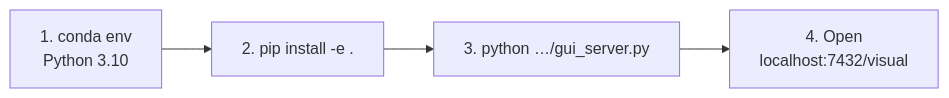
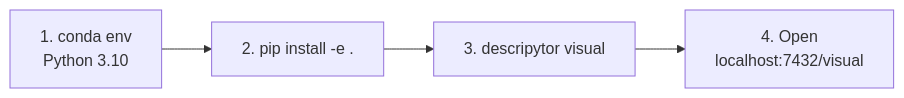
The first of 2 diagrams in docs/visual-guide.md (Milo-group/DescriPyTor), drawn with Mermaid before and after one commit. The commit also changed other lines of this file and 18 other files, not shown here.

First line of the commit message:
Make the first-run path one command: descripytor visual.

````diff
--- a/docs/visual-guide.md
+++ b/docs/visual-guide.md
@@ -11,6 +11,6 @@
 ```mermaid
 flowchart LR
   A["1. conda env<br/>Python 3.10"] --> B["2. pip install -e ."]
-  B --> C["3. python …/gui_server.py"]
+  B --> C["3. descripytor visual"]
   C --> D["4. Open<br/>localhost:7432/visual"]
 ```
````
